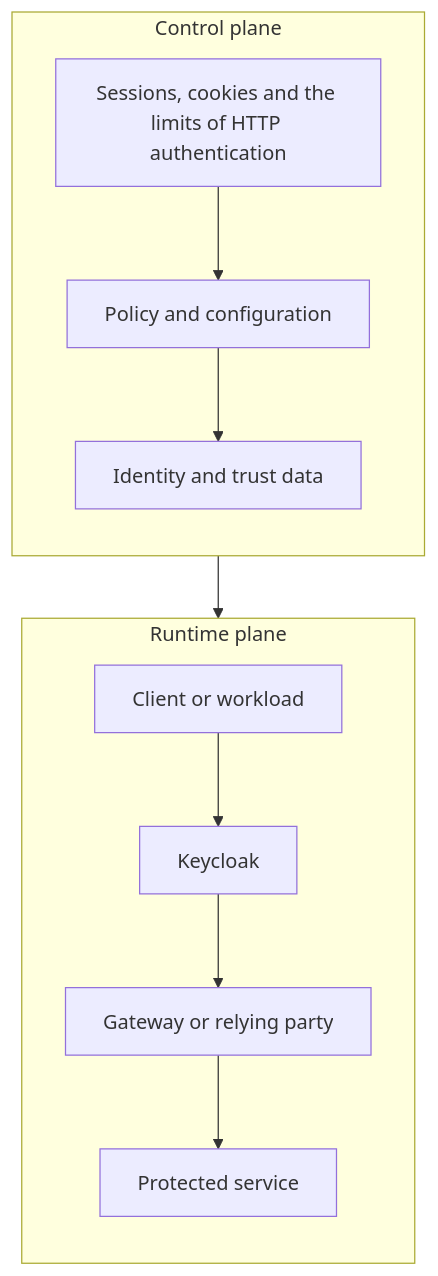
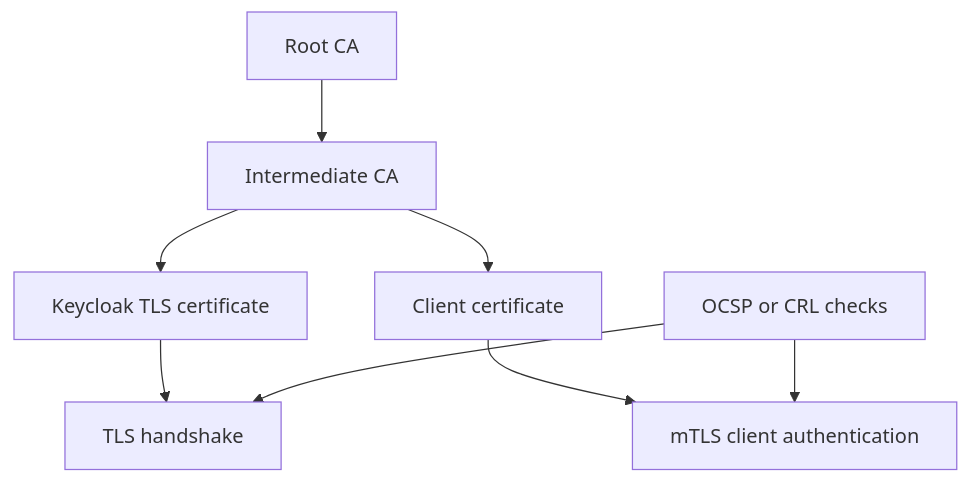
The ninth of 36 diagrams in KeyCloack Reference Book.md (jeanflorentine/IAM-KeyCloack-Lab), drawn with Mermaid before and after one commit. The commit also changed other lines of this file, not shown here.

Commit message:
Revise chapter structure diagrams and chapter 31 interview bank

````diff
--- a/KeyCloack Reference Book.md
+++ b/KeyCloack Reference Book.md
@@ -1051,24 +909,10 @@
 ```mermaid
-flowchart TB
-    subgraph CP[Control plane]
-        direction TB
-        A[Sessions, cookies and the limits of HTTP authentication]
-        B[Policy and configuration]
-        C[Identity and trust data]
-        A --> B
-        B --> C
-    end
-
-    subgraph RP[Runtime plane]
-        direction TB
-        D[Client or workload]
-        E[Keycloak]
-        F[Gateway or relying party]
-        G[Protected service]
-        D --> E
-        E --> F
-        F --> G
-    end
-
-    CP --> RP
+flowchart TD
+    RootCA[Root CA] --> IntCA[Intermediate CA]
+    IntCA --> IdPCert[Keycloak TLS certificate]
+    IntCA --> ClientCert[Client certificate]
+    IdPCert --> TLS[TLS handshake]
+    ClientCert --> MTLS[mTLS client authentication]
+    OCSP[OCSP or CRL checks] --> TLS
+    OCSP --> MTLS
 ```
````
